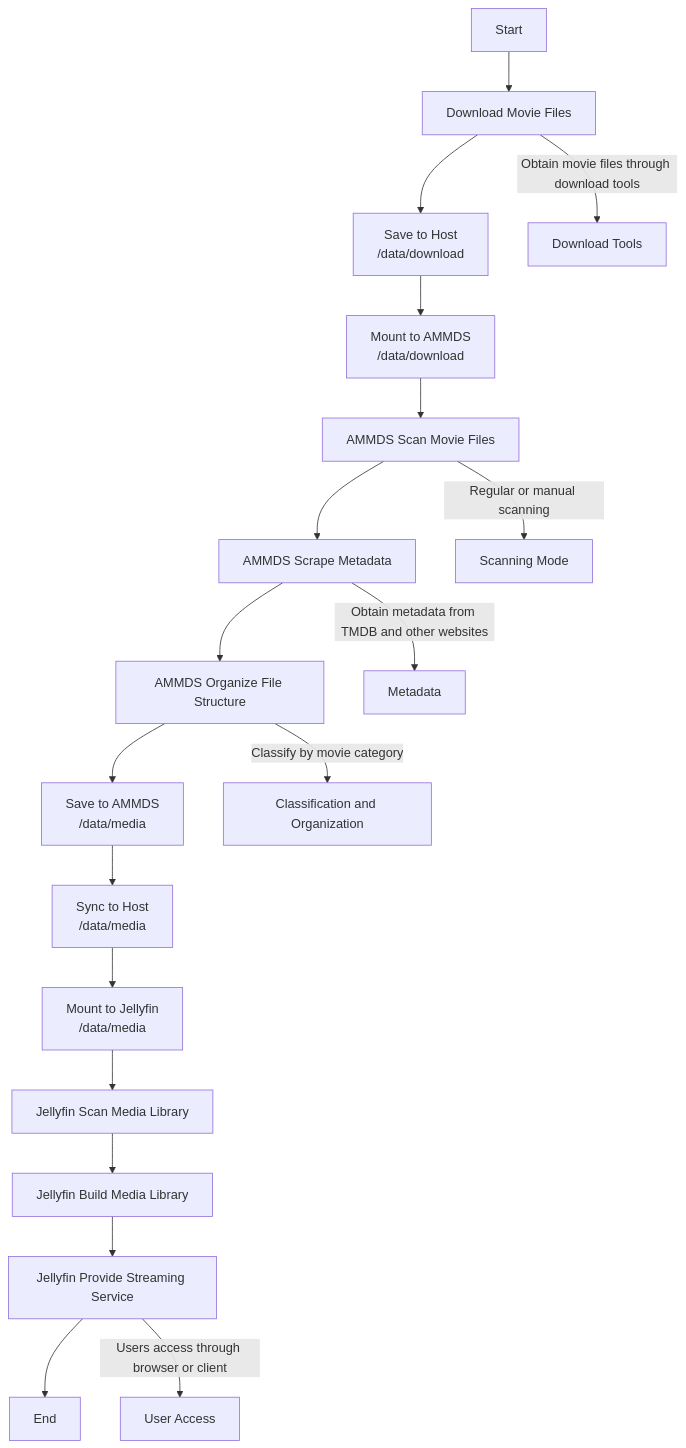
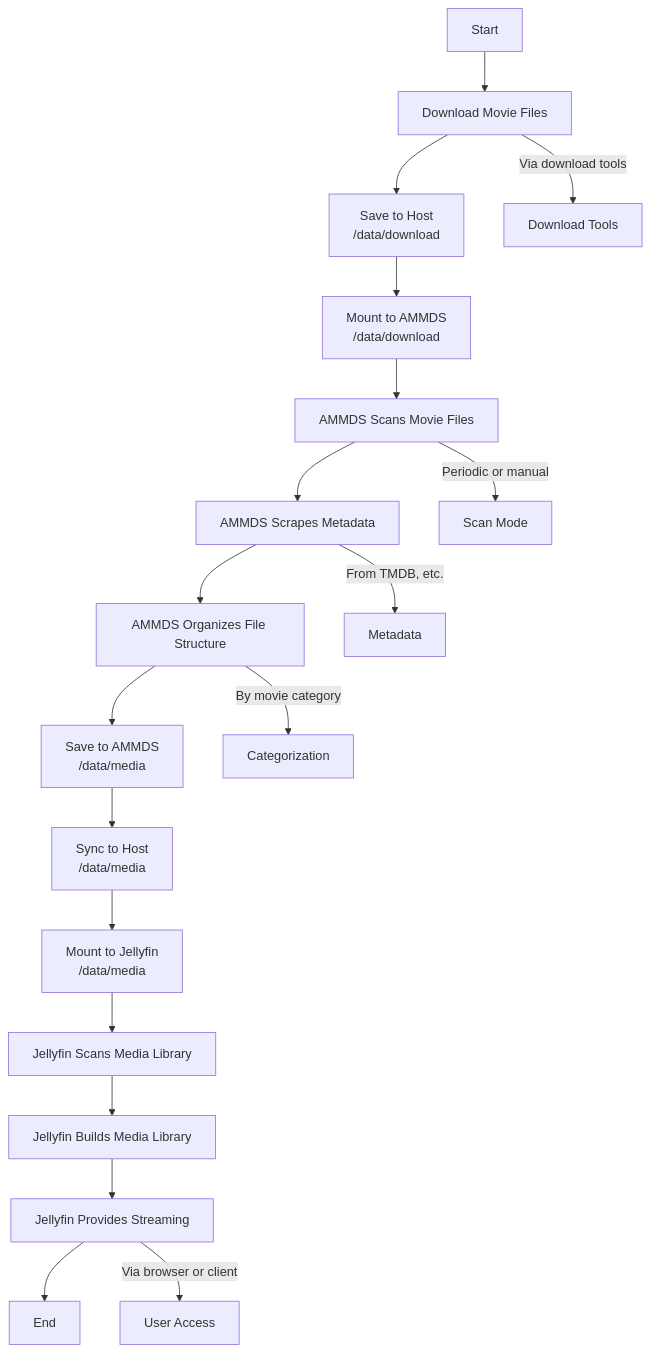
The fourth of 5 diagrams in i18n/en/docusaurus-plugin-content-docs/current/usage/Mount.md (QYG2297248353/AMMDS-DOC), drawn with Mermaid before and after one commit. The commit also changed other lines of this file and 148 other files, not shown here.

````diff
--- a/i18n/en/docusaurus-plugin-content-docs/current/usage/Mount.md
+++ b/i18n/en/docusaurus-plugin-content-docs/current/usage/Mount.md
@@ -166,34 +168,34 @@
 ```mermaid
 flowchart TD
     %% Start
     START["Start"] --> DOWNLOAD["Download Movie Files"]
     
     %% Download phase
     DOWNLOAD --> SAVE_RAW["Save to Host<br/>/data/download"]
     
     %% AMMDS processing phase
     SAVE_RAW --> MOUNT_TO_AMMDS["Mount to AMMDS<br/>/data/download"]
-    MOUNT_TO_AMMDS --> SCAN["AMMDS Scan Movie Files"]
-    SCAN --> SCRAPE["AMMDS Scrape Metadata"]
-    SCRAPE --> ORGANIZE["AMMDS Organize File Structure"]
+    MOUNT_TO_AMMDS --> SCAN["AMMDS Scans Movie Files"]
+    SCAN --> SCRAPE["AMMDS Scrapes Metadata"]
+    SCRAPE --> ORGANIZE["AMMDS Organizes File Structure"]
     ORGANIZE --> SAVE_PROCESSED["Save to AMMDS<br/>/data/media"]
     
     %% Host synchronization phase
     SAVE_PROCESSED --> SYNC_TO_HOST["Sync to Host<br/>/data/media"]
     
     %% Jellyfin processing phase
     SYNC_TO_HOST --> MOUNT_TO_JELLYFIN["Mount to Jellyfin<br/>/data/media"]
-    MOUNT_TO_JELLYFIN --> JELLYFIN_SCAN["Jellyfin Scan Media Library"]
-    JELLYFIN_SCAN --> BUILD_LIBRARY["Jellyfin Build Media Library"]
-    BUILD_LIBRARY --> PROVIDE_STREAM["Jellyfin Provide Streaming Service"]
+    MOUNT_TO_JELLYFIN --> JELLYFIN_SCAN["Jellyfin Scans Media Library"]
+    JELLYFIN_SCAN --> BUILD_LIBRARY["Jellyfin Builds Media Library"]
+    BUILD_LIBRARY --> PROVIDE_STREAM["Jellyfin Provides Streaming"]
     
     %% End
     PROVIDE_STREAM --> END["End"]
     
     %% Process explanation
-    DOWNLOAD -->|"Obtain movie files through download tools"| DOWNLOAD_TOOL["Download Tools"]
-    SCAN -->|"Regular or manual scanning"| SCAN_MODE["Scanning Mode"]
-    SCRAPE -->|"Obtain metadata from TMDB and other websites"| METADATA["Metadata"]
-    ORGANIZE -->|"Classify by movie category"| CATEGORIZE["Classification and Organization"]
-    PROVIDE_STREAM -->|"Users access through browser or client"| USER_ACCESS["User Access"]
+    DOWNLOAD -->|"Via download tools"| DOWNLOAD_TOOL["Download Tools"]
+    SCAN -->|"Periodic or manual"| SCAN_MODE["Scan Mode"]
+    SCRAPE -->|"From TMDB, etc."| METADATA["Metadata"]
+    ORGANIZE -->|"By movie category"| CATEGORIZE["Categorization"]
+    PROVIDE_STREAM -->|"Via browser or client"| USER_ACCESS["User Access"]
 ```
````
